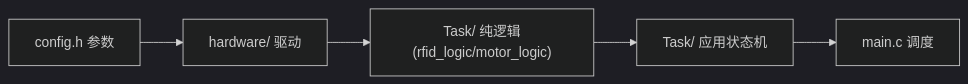
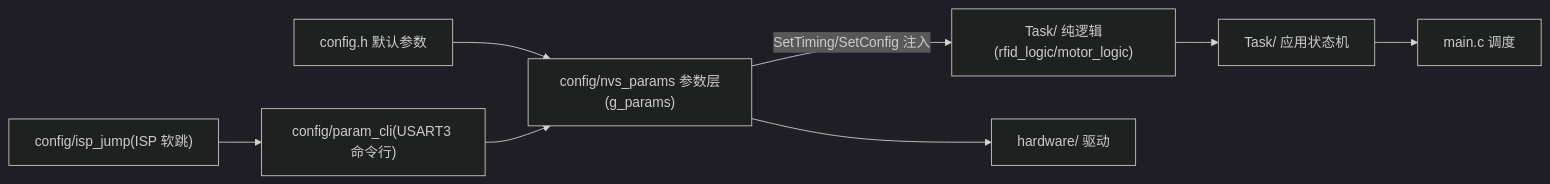
Before and after one commit to KNedwin/stm32-esp32-ai-test-car: the first of 3 diagrams in docs/知识库/stm32_rfid_tts_rtos/03_系统架构.md, drawn with Mermaid (dark theme). The commit also changed other lines of this file and 205 other files, not shown here.

````diff
--- a/docs/知识库/stm32_rfid_tts_rtos/03_系统架构.md
+++ b/docs/知识库/stm32_rfid_tts_rtos/03_系统架构.md
@@ -4,7 +4,10 @@
 ```mermaid
 graph LR
-    C["config.h 参数"] --> D["hardware/ 驱动"]
-    D --> L["Task/ 纯逻辑(rfid_logic/motor_logic)"]
+    C["config.h 默认参数"] --> P["config/nvs_params 参数层(g_params)"]
+    P -->|"SetTiming/SetConfig 注入"| L["Task/ 纯逻辑(rfid_logic/motor_logic)"]
+    CLI["config/param_cli(USART3 命令行)"] --> P
+    ISPJ["config/isp_jump(ISP 软跳)"] --> CLI
+    P --> D["hardware/ 驱动"]
     L --> A["Task/ 应用状态机"]
     A --> M["main.c 调度"]
 ```
````
